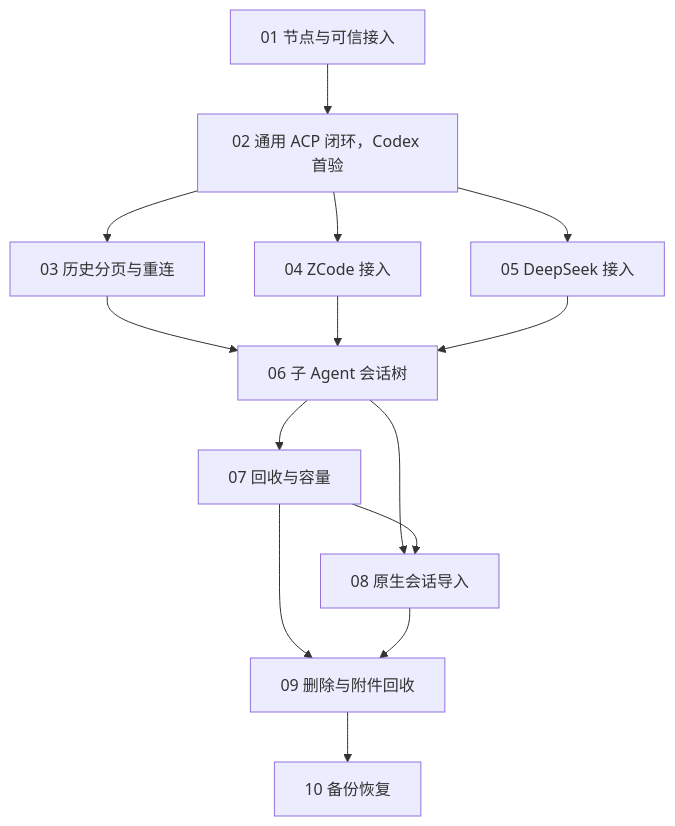
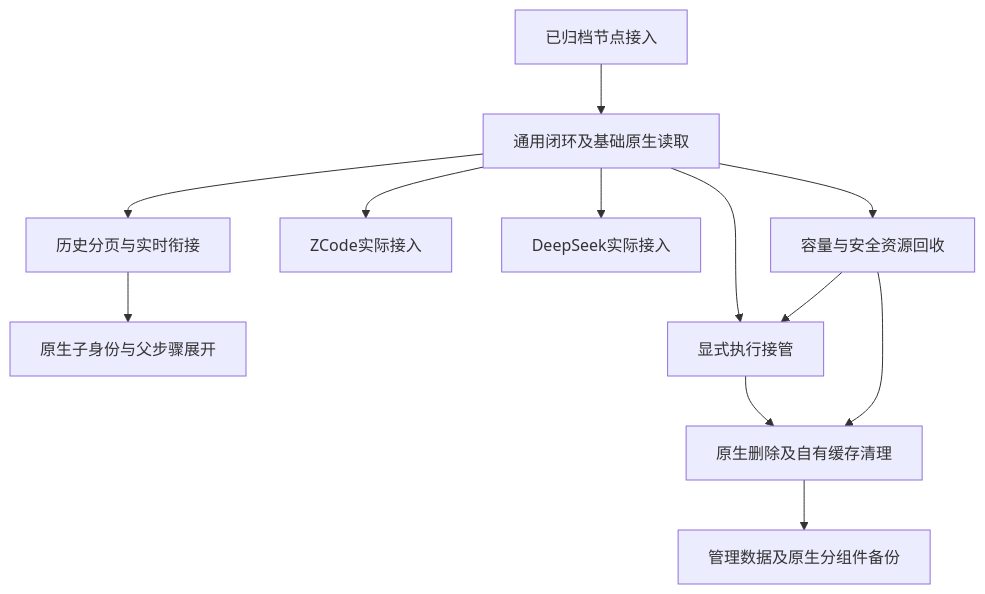
One commit to lindongfang/acp-remote changed the diagram in docs/REBUILD_CAPABILITY_MAP.md. Above: the diagram before and after it, drawn with Mermaid. The commit also changed other lines of this file and 73 other files, not shown here.

````diff
--- a/docs/REBUILD_CAPABILITY_MAP.md
+++ b/docs/REBUILD_CAPABILITY_MAP.md
@@ -66,16 +37,14 @@
 ```mermaid
 flowchart TD
-  A["01 节点与可信接入"] --> B["02 通用 ACP 闭环，Codex 首验"]
-  B --> C["03 历史分页与重连"]
-  B --> D["04 ZCode 接入"]
-  B --> E["05 DeepSeek 接入"]
-  C --> F["06 子 Agent 会话树"]
-  D --> F
-  E --> F
-  F --> G["07 回收与容量"]
-  F --> H["08 原生会话导入"]
+  A[已归档节点接入] --> B[通用闭环及基础原生读取]
+  B --> C[历史分页与实时衔接]
+  B --> D[ZCode实际接入]
+  B --> E[DeepSeek实际接入]
+  C --> F[原生子身份与父步骤展开]
+  B --> G[容量与安全资源回收]
+  B --> H[显式执行接管]
   G --> H
-  G --> I["09 删除与附件回收"]
-  H --> I
-  I --> J["10 备份恢复"]
+  H --> I[原生删除及自有缓存清理]
+  G --> I
+  I --> J[管理数据及原生分组件备份]
 ```
````
